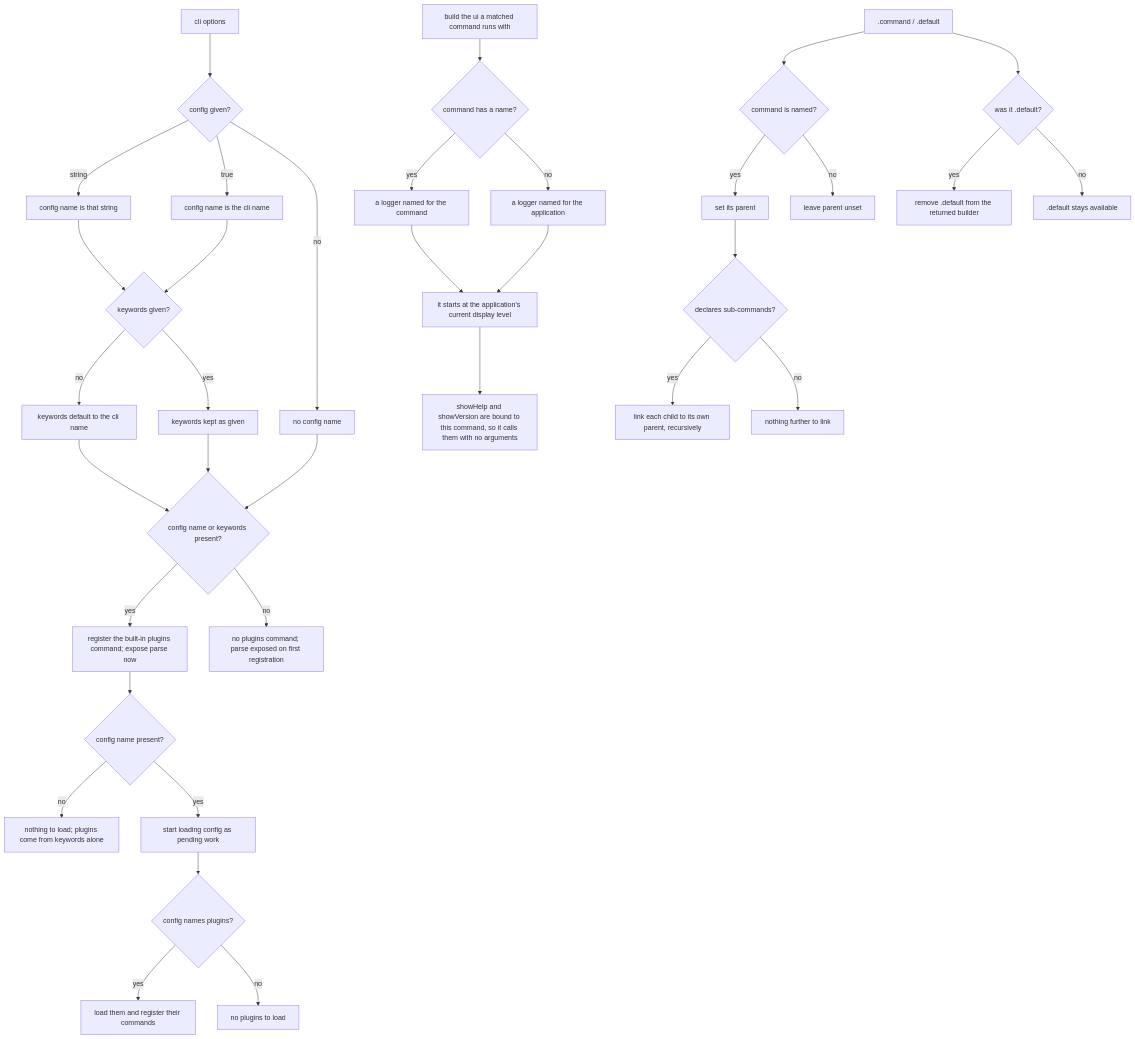
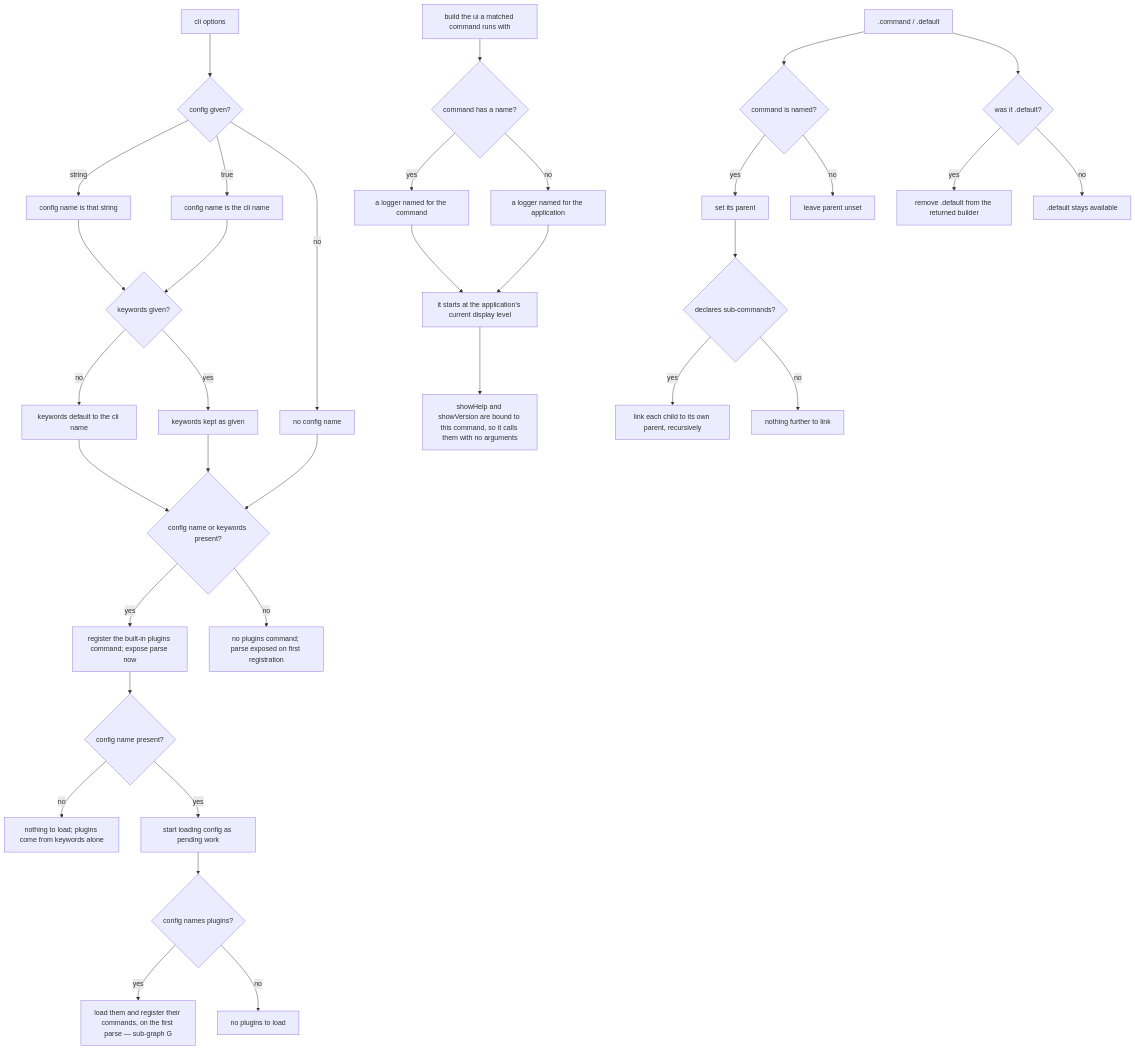
The first of 6 diagrams in packages/clibuilder/.agents/spec/execution/README.md (clibuilder/clibuilder), drawn with Mermaid before and after one commit. The commit also changed other lines of this file and 44 other files, not shown here.

````diff
--- a/packages/clibuilder/.agents/spec/execution/README.md
+++ b/packages/clibuilder/.agents/spec/execution/README.md
@@ -249,36 +293,36 @@
 ```mermaid
 graph TD
   O[cli options] --> CN{config given?}
   CN -- "string" --> CS[config name is that string]
   CN -- "true" --> CT[config name is the cli name]
   CN -- no --> CU[no config name]
   CS --> KW{keywords given?}
   CT --> KW
   KW -- no --> KD[keywords default to the cli name]
   KW -- yes --> KK[keywords kept as given]
   KD --> PL{config name or keywords present?}
   KK --> PL
   CU --> PL
   PL -- yes --> PC[register the built-in plugins command; expose parse now]
   PL -- no --> PN[no plugins command; parse exposed on first registration]
   PC --> LC{config name present?}
   UIB[build the ui a matched command runs with] --> UIN{command has a name?}
   UIN -- yes --> UIC[a logger named for the command]
   UIN -- no --> UIA[a logger named for the application]
   UIC --> UIL[it starts at the application's current display level]
   UIA --> UIL
   UIL --> UIW[showHelp and showVersion are bound to this command, so it calls them with no arguments]
   LC -- no --> NOLOAD[nothing to load; plugins come from keywords alone]
   LC -- yes --> LOAD[start loading config as pending work] --> HASP{config names plugins?}
-  HASP -- yes --> LP[load them and register their commands]
+  HASP -- yes --> LP[load them and register their commands, on the first parse — sub-graph G]
   HASP -- no --> NOP2[no plugins to load]
   REG[".command / .default"] --> ADJ{command is named?}
   ADJ -- yes --> PAR[set its parent]
   ADJ -- no --> NOP[leave parent unset]
   PAR --> NEST{declares sub-commands?}
   NEST -- yes --> RECUR[link each child to its own parent, recursively]
   NEST -- no --> DONE[nothing further to link]
   REG --> DEF{"was it .default?"}
   DEF -- yes --> ONCE[remove .default from the returned builder]
   DEF -- no --> KEEP[".default stays available"]
 ```
````
